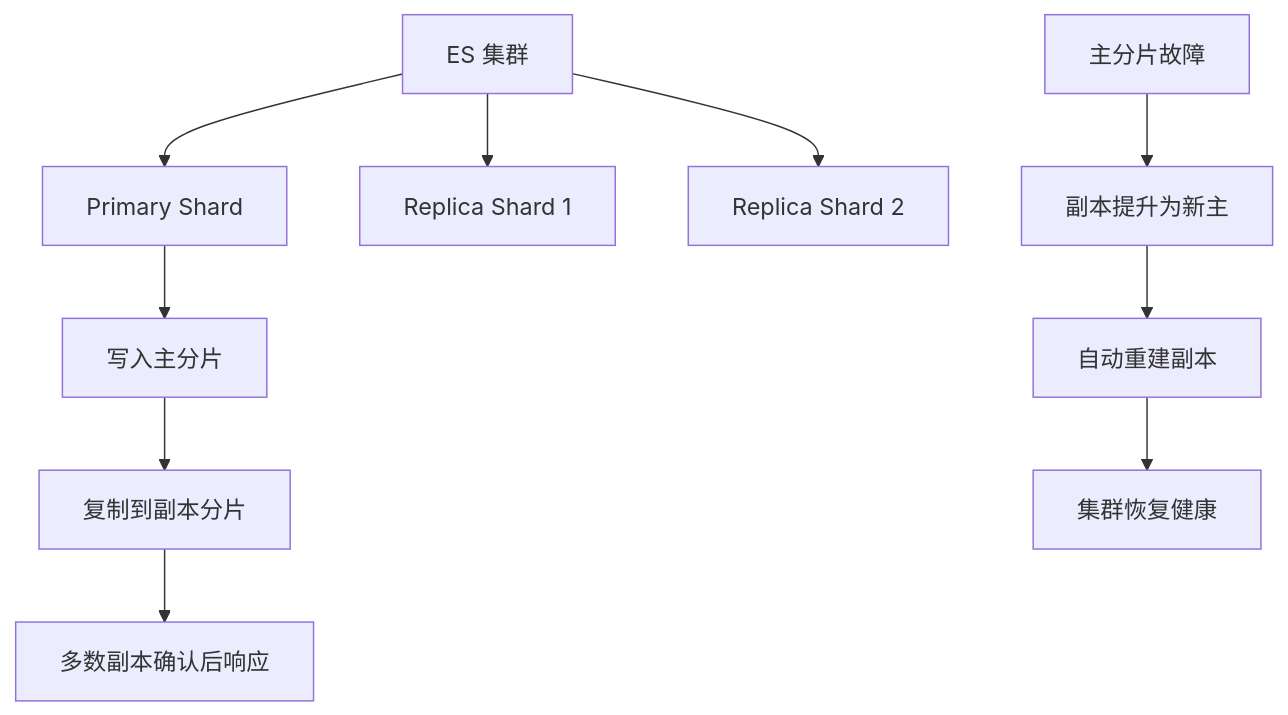
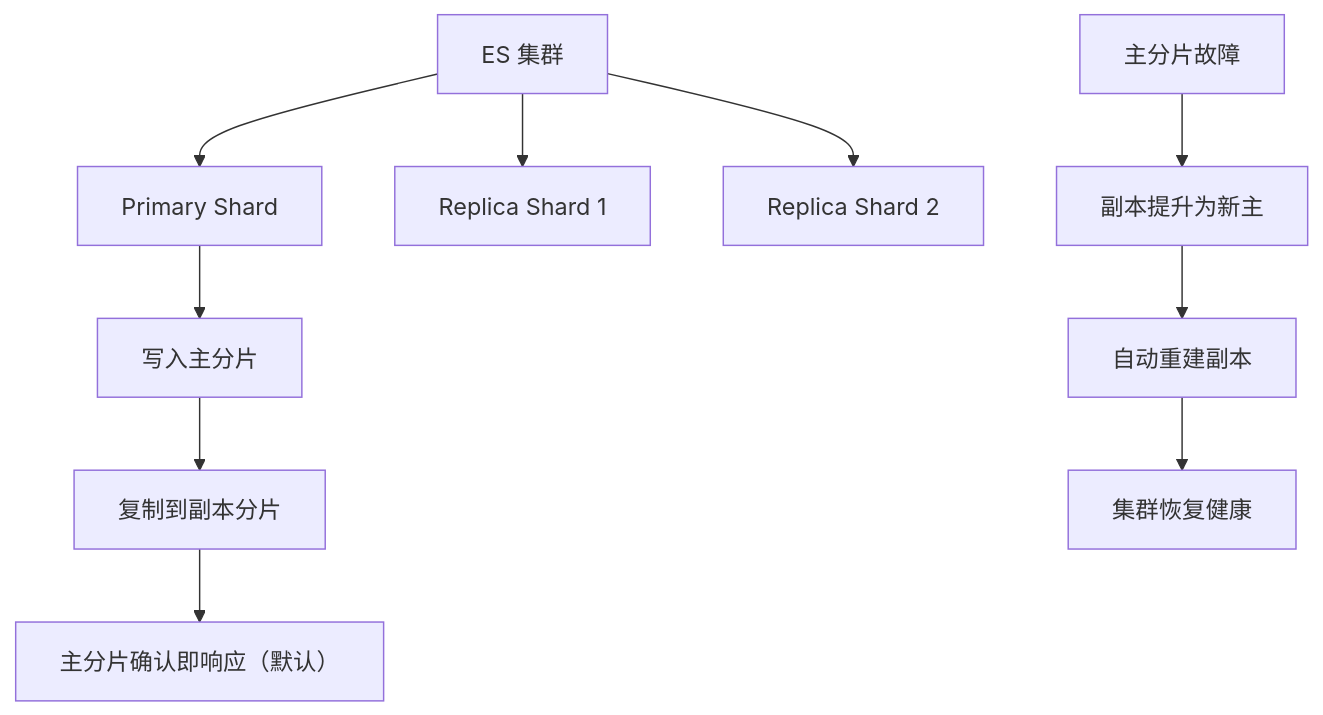
One commit to dunwu/waterdrop changed the fourth of 9 diagrams in docs/12.数据库/搜索引擎数据库/Elasticsearch/[Elasticsearch]面试.md. Above: the diagram before and after it, drawn with Mermaid. The commit also changed other lines of this file and 73 other files, not shown here.

````diff
--- a/docs/12.数据库/搜索引擎数据库/Elasticsearch/[Elasticsearch]面试.md
+++ b/docs/12.数据库/搜索引擎数据库/Elasticsearch/[Elasticsearch]面试.md
@@ -1265,12 +1570,12 @@
 ```mermaid
 graph TB
     A["ES 集群"] --> B["Primary Shard"]
     A --> C["Replica Shard 1"]
     A --> D["Replica Shard 2"]
     B --> E["写入主分片"]
     E --> F["复制到副本分片"]
-    F --> G["多数副本确认后响应"]
+    F --> G["主分片确认即响应（默认）"]
     H["主分片故障"] --> I["副本提升为新主"]
     I --> J["自动重建副本"]
     J --> K["集群恢复健康"]
 ```
````
